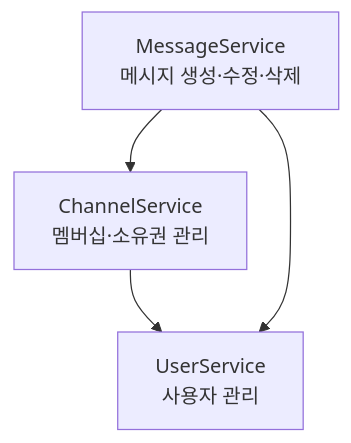
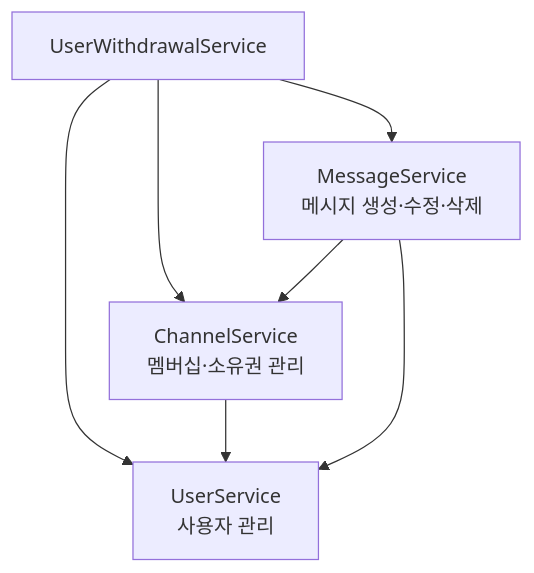
The fifth of 5 diagrams in README.md (hyorok4487/16-sprint-mission), drawn with Mermaid before and after one commit. The commit also changed other lines of this file, not shown here.

First line of the commit message:
Revise user withdrawal and service dependency details

````diff
--- a/README.md
+++ b/README.md
@@ -217,6 +251,9 @@
 ```mermaid
 flowchart TD
+    UW[UserWithdrawalService] --> MS
+    UW --> CS
+    UW --> US
     MS["MessageService<br/>메시지 생성·수정·삭제"] --> CS["ChannelService<br/>멤버십·소유권 관리"]
     CS --> US["UserService<br/>사용자 관리"]
     MS --> US
 ```
````
